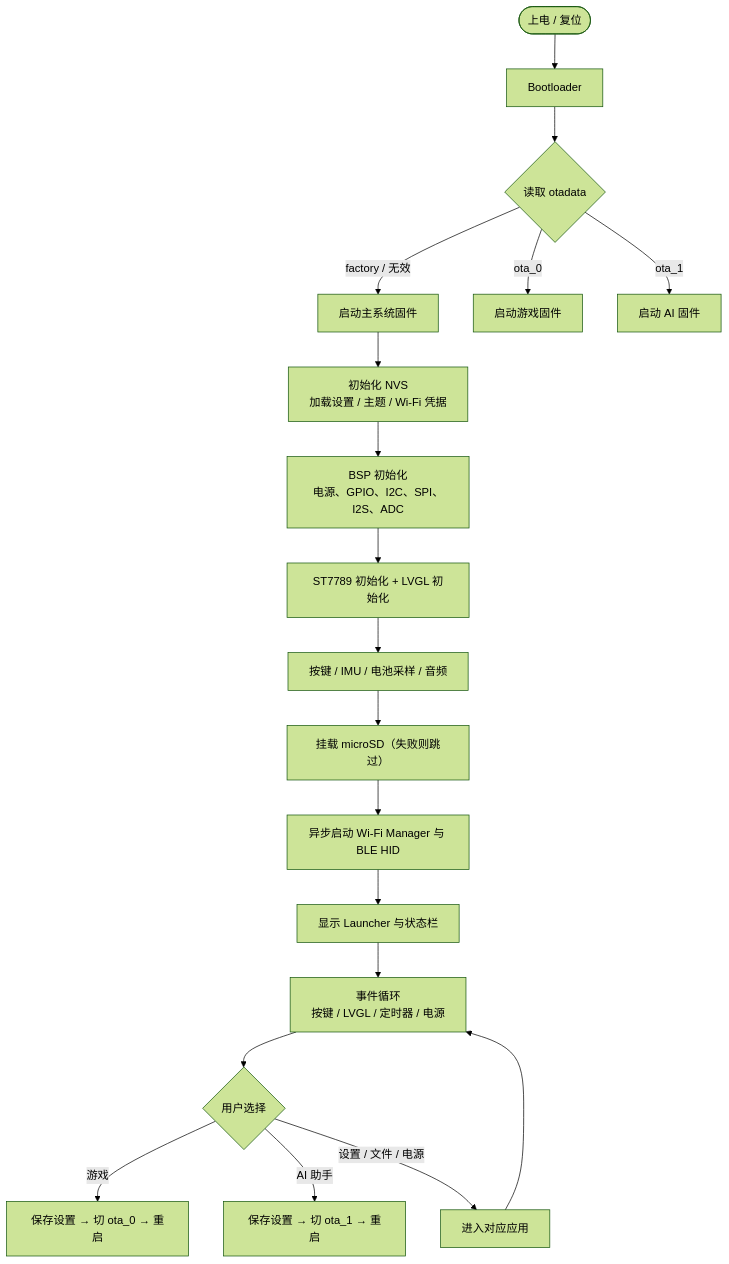
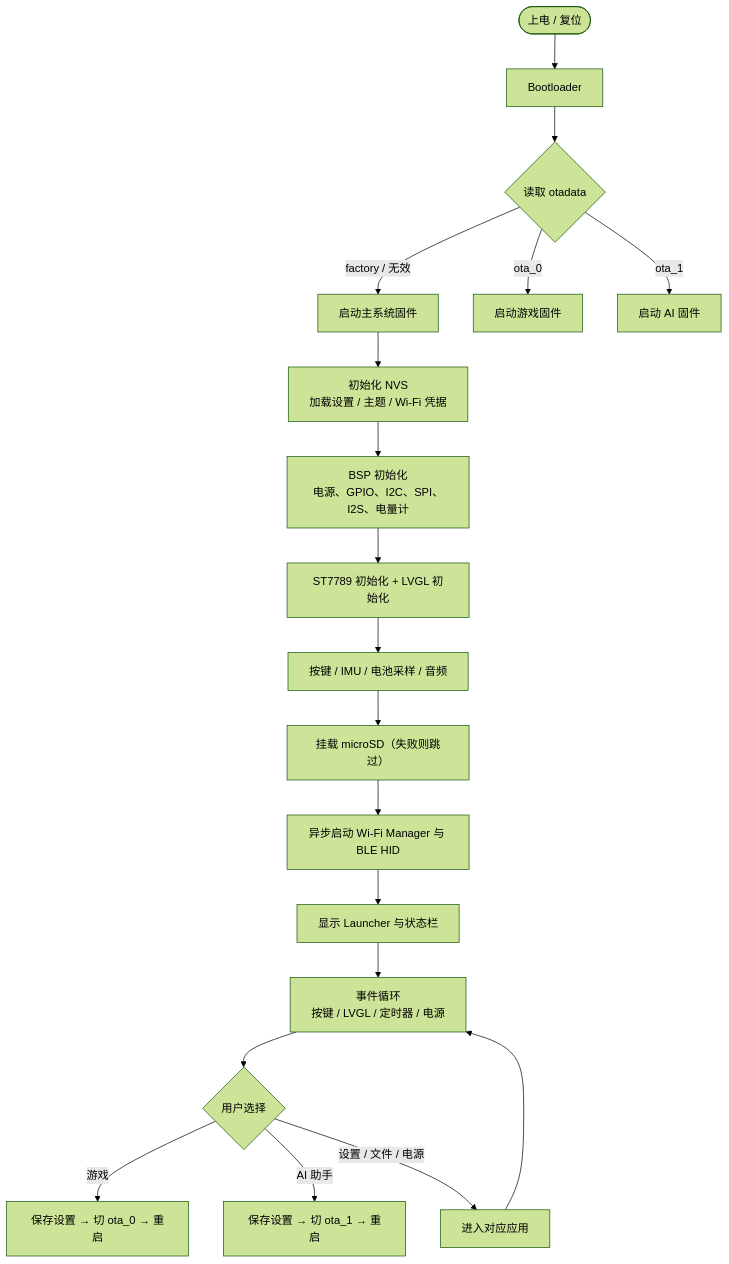
The first of 11 diagrams in docs/02-子系统流程图.md (WPxyz-moon/ESP32HandledConsole), drawn with Mermaid (forest theme) before and after one commit. The commit also changed other lines of this file and 25 other files, not shown here.

````diff
--- a/docs/02-子系统流程图.md
+++ b/docs/02-子系统流程图.md
@@ -20,22 +20,22 @@
 ```mermaid
 flowchart TD
     S(["上电 / 复位"]) --> BL["Bootloader"]
     BL --> OT{"读取 otadata"}
     OT -->|"factory / 无效"| M["启动主系统固件"]
     OT -->|"ota_0"| G["启动游戏固件"]
     OT -->|"ota_1"| A["启动 AI 固件"]
 
     M --> N["初始化 NVS<br/>加载设置 / 主题 / Wi-Fi 凭据"]
-    N --> B["BSP 初始化<br/>电源、GPIO、I2C、SPI、I2S、ADC"]
+    N --> B["BSP 初始化<br/>电源、GPIO、I2C、SPI、I2S、电量计"]
     B --> L["ST7789 初始化 + LVGL 初始化"]
     L --> P["按键 / IMU / 电池采样 / 音频"]
     P --> SD["挂载 microSD（失败则跳过）"]
     SD --> W["异步启动 Wi-Fi Manager 与 BLE HID"]
     W --> UI["显示 Launcher 与状态栏"]
     UI --> E["事件循环<br/>按键 / LVGL / 定时器 / 电源"]
     E --> SEL{"用户选择"}
     SEL -->|"游戏"| SW1["保存设置 → 切 ota_0 → 重启"]
     SEL -->|"AI 助手"| SW2["保存设置 → 切 ota_1 → 重启"]
     SEL -->|"设置 / 文件 / 电源"| APP["进入对应应用"]
     APP --> E
 ```
````
